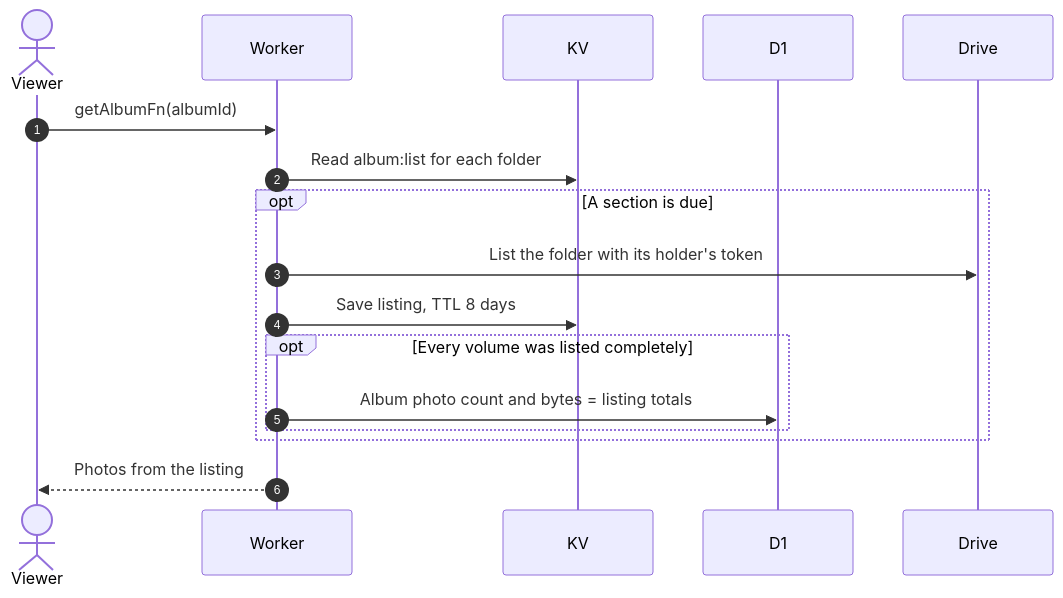
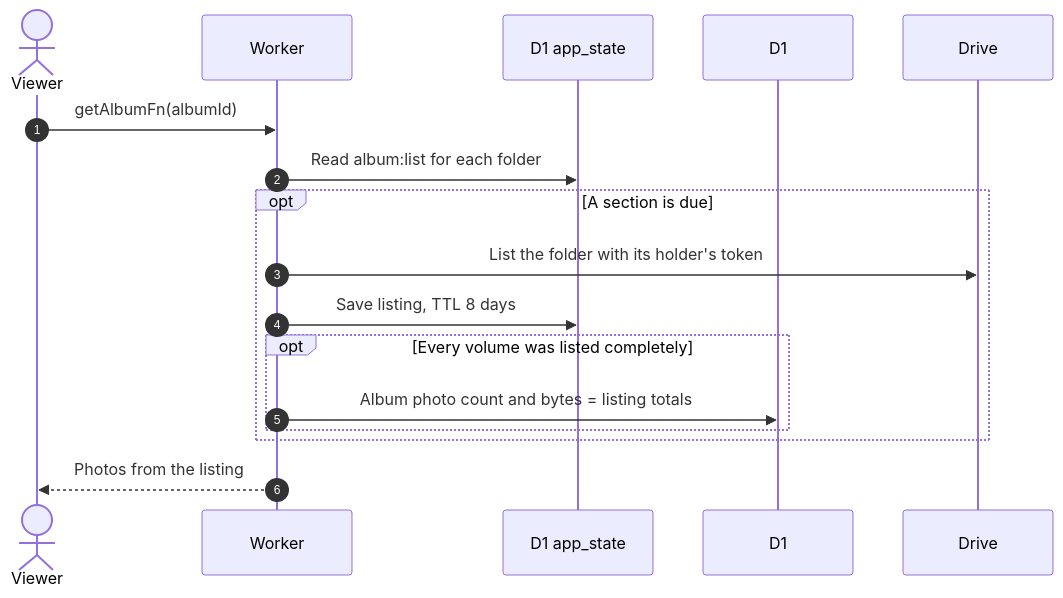
The diagram in docs/scenarios/member/albums/legacy.md (sagyzdop/meriksirat), drawn with Mermaid before and after one commit. The commit also changed 32 other files, not shown here.

````diff
--- a/docs/scenarios/member/albums/legacy.md
+++ b/docs/scenarios/member/albums/legacy.md
@@ -9,19 +9,19 @@
 ```mermaid
 sequenceDiagram
     autonumber
     actor U as Viewer
     participant W as Worker
-    participant K as KV
+    participant K as D1 app_state
     participant D as D1
     participant G as Drive
     U->>W: getAlbumFn(albumId)
     W->>K: Read album:list for each folder
     opt A section is due
         W->>G: List the folder with its holder's token
         W->>K: Save listing, TTL 8 days
         opt Every volume was listed completely
             W->>D: Album photo count and bytes = listing totals
         end
     end
     W-->>U: Photos from the listing
 ```
````
